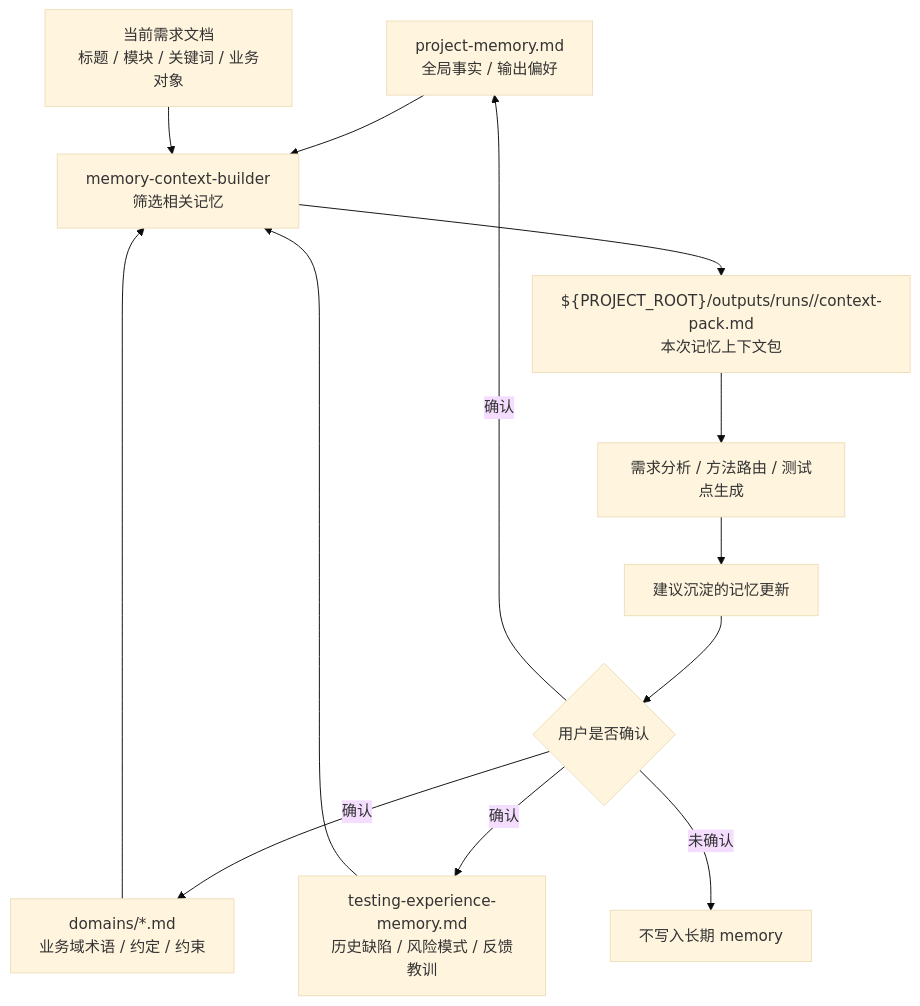
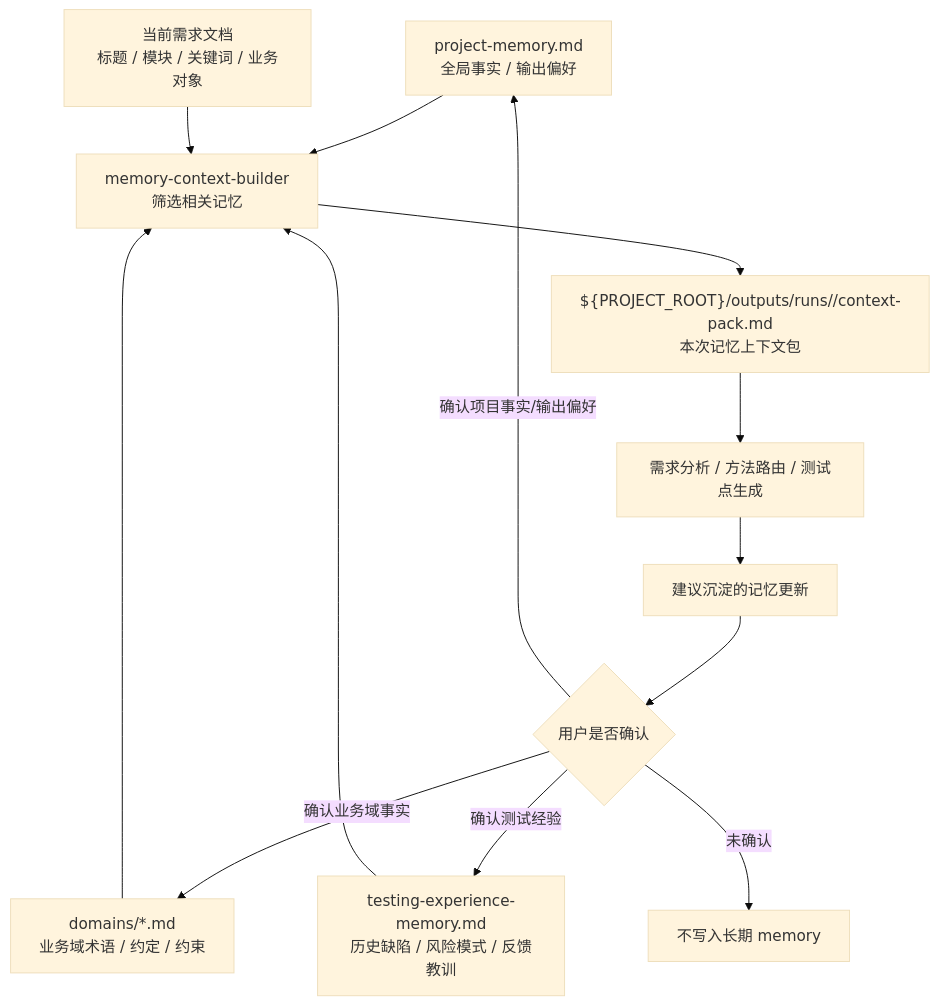
One commit to szluoqy-byte/Test-Analysis-Agent changed the sixth of 8 diagrams in docs/test-analysis-agent-design.md. Above: the diagram before and after it, drawn with Mermaid (base theme). The commit also changed other lines of this file and 37 other files, not shown here.

````diff
--- a/docs/test-analysis-agent-design.md
+++ b/docs/test-analysis-agent-design.md
@@ -335,15 +353,15 @@
 ```mermaid
 flowchart TD
   Project["project-memory.md\n全局事实 / 输出偏好"] --> Select["memory-context-builder\n筛选相关记忆"]
   Domains["domains/*.md\n业务域术语 / 约定 / 约束"] --> Select
   Experience["testing-experience-memory.md\n历史缺陷 / 风险模式 / 反馈教训"] --> Select
   Requirement["当前需求文档\n标题 / 模块 / 关键词 / 业务对象"] --> Select
   Select --> Pack["${PROJECT_ROOT}/outputs/runs/<run-id>/context-pack.md\n本次记忆上下文包"]
   Pack --> Analysis["需求分析 / 方法路由 / 测试点生成"]
   Analysis --> Proposal["建议沉淀的记忆更新"]
   Proposal --> Confirm{"用户是否确认"}
-  Confirm -- "确认" --> Project
-  Confirm -- "确认" --> Domains
-  Confirm -- "确认" --> Experience
+  Confirm -- "确认项目事实/输出偏好" --> Project
+  Confirm -- "确认业务域事实" --> Domains
+  Confirm -- "确认测试经验" --> Experience
   Confirm -- "未确认" --> NoWrite["不写入长期 memory"]
 ```
````
